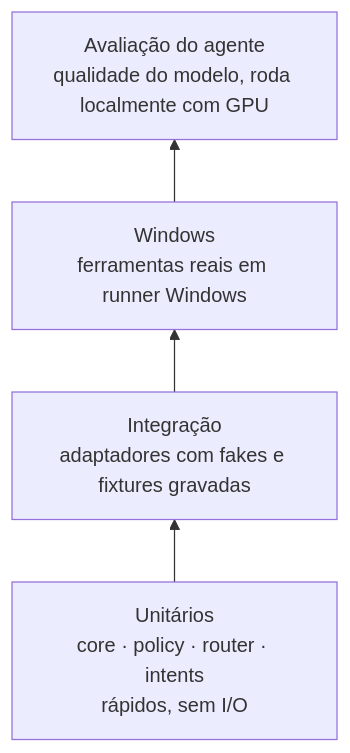
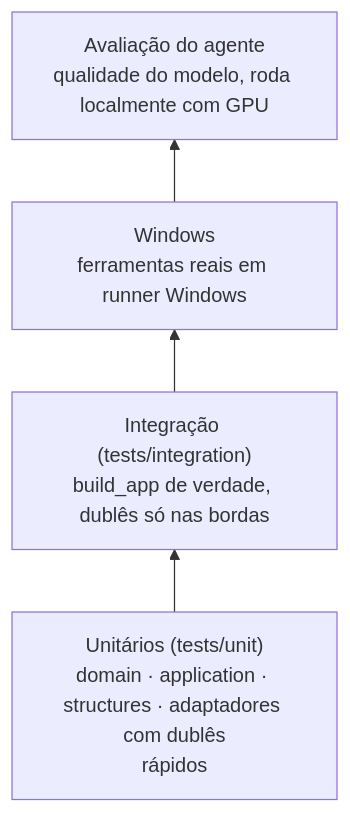
The diagram in docs/07-desenvolvimento.md (VitorAngN/Shiro-Agente), drawn with Mermaid before and after one commit. The commit also changed other lines of this file and 367 other files, not shown here.

````diff
--- a/docs/07-desenvolvimento.md
+++ b/docs/07-desenvolvimento.md
@@ -66,6 +68,6 @@
 ```mermaid
 flowchart BT
-    U["Unitários<br/>core · policy · router · intents<br/>rápidos, sem I/O"] --> I["Integração<br/>adaptadores com fakes e fixtures gravadas"]
+    U["Unitários (tests/unit)<br/>domain · application · structures · adaptadores com dublês<br/>rápidos"] --> I["Integração (tests/integration)<br/>build_app de verdade, dublês só nas bordas"]
     I --> W["Windows<br/>ferramentas reais em runner Windows"]
     W --> E["Avaliação do agente<br/>qualidade do modelo, roda localmente com GPU"]
 ```
````
